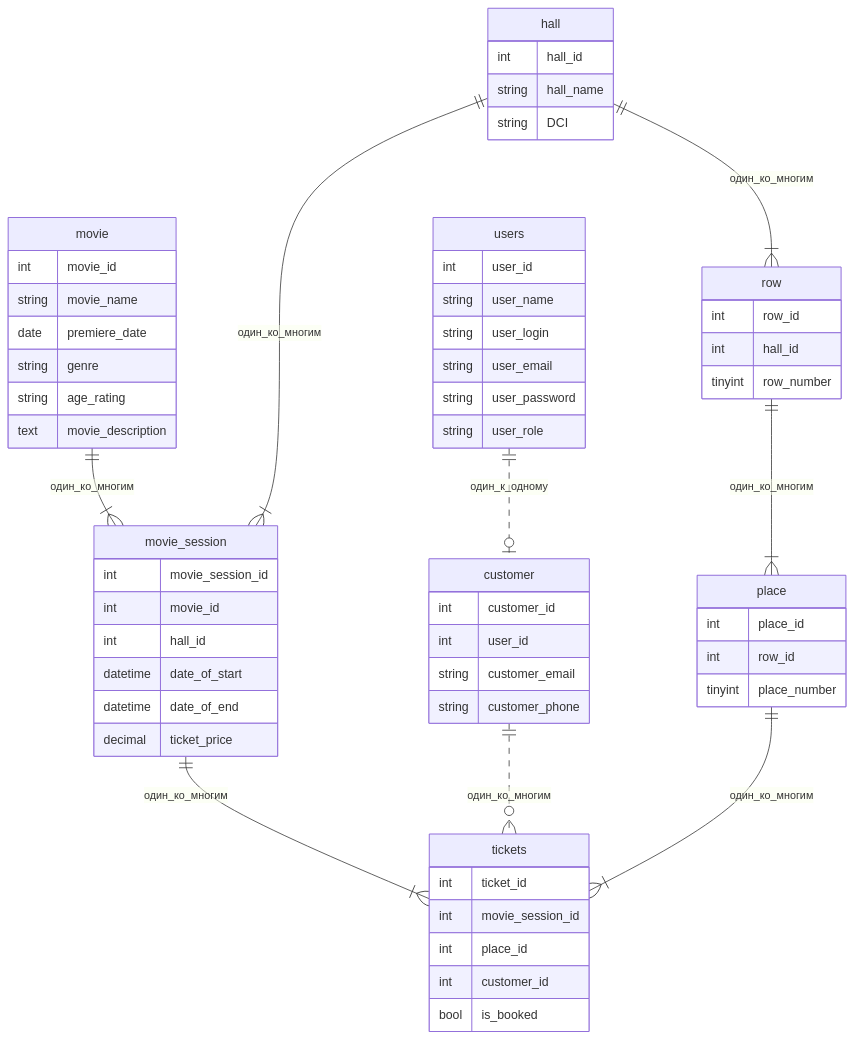
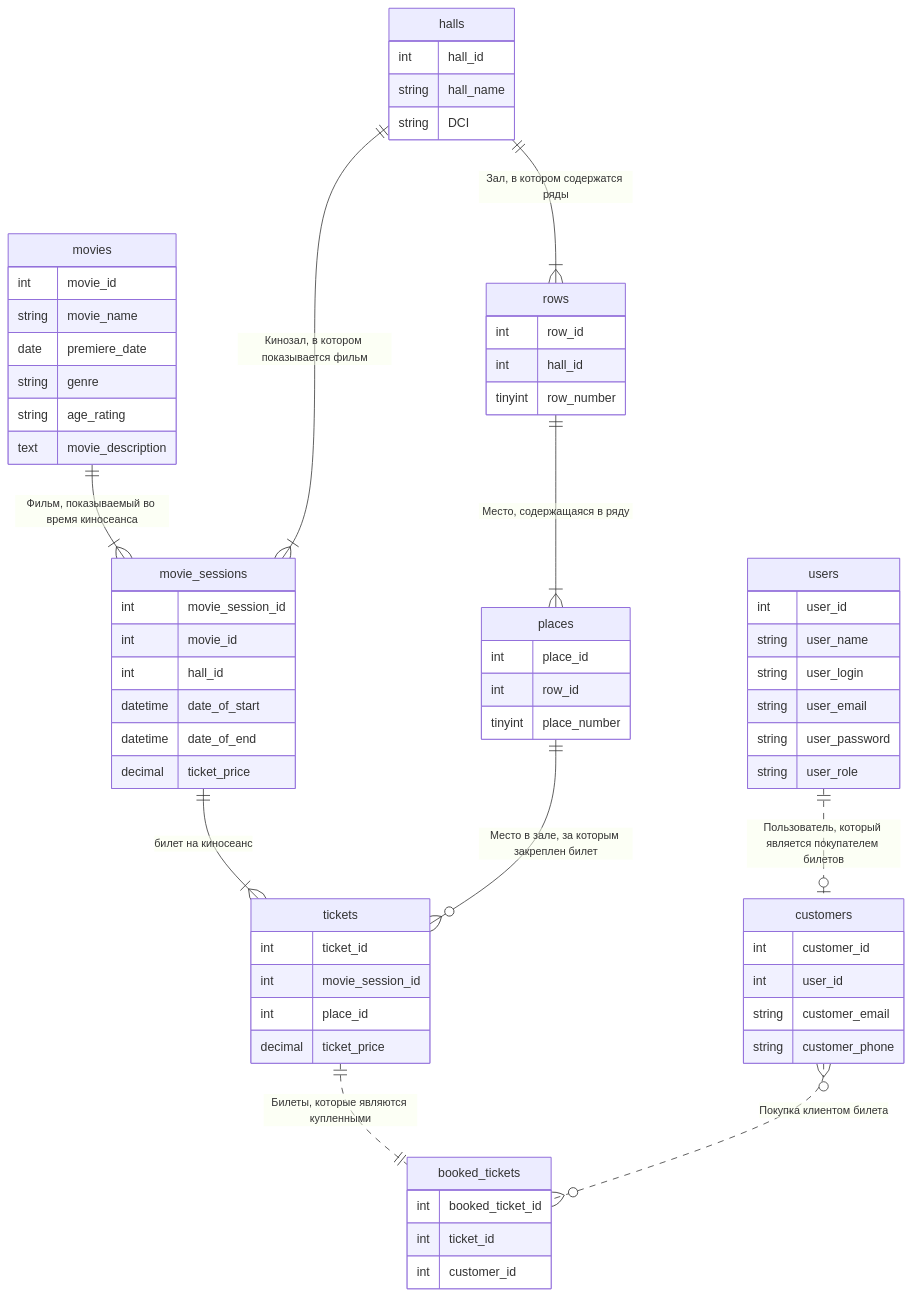
Before and after one commit to SomethingAnotherBeer/php_professional_hw: the diagram in README.md, drawn with Mermaid. The commit also changed 2 other files, not shown here.

Commit message:
changes ready

````diff
--- a/README.md
+++ b/README.md
@@ -6,64 +6,72 @@
 ```mermaid
 erDiagram
     
-    hall ||--|{ row: один_ко_многим
-    row || --|{ place: один_ко_многим
-    hall {
+    halls ||--|{ rows: "Зал, в котором содержатся ряды"
+    rows || --|{ places: "Место, содержащаяся в ряду"
+    halls {
         int hall_id
         string hall_name
         string DCI
     }
-    row {
+    rows {
         int row_id
         int hall_id
         tinyint row_number
     }
-    place {
+    places {
         int place_id
         int row_id
         tinyint place_number
     }
-    movie{
+    movies{
         int movie_id
         string movie_name
         date premiere_date
         string genre
         string age_rating
         text movie_description    
     }
-    movie_session{
+    movie_sessions{
         int movie_session_id
         int movie_id
         int hall_id
         datetime date_of_start
         datetime date_of_end
         decimal ticket_price
     }
-    movie ||-- |{ movie_session: один_ко_многим
-    hall || -- |{ movie_session: один_ко_многим
-    customer{
+    tickets{
+        int ticket_id
+        int movie_session_id
+        int place_id
+        decimal ticket_price
+    }
+    booked_tickets{
+        int booked_ticket_id
+        int ticket_id
+        int customer_id
+    }
+
+    movies ||-- |{ movie_sessions: "Фильм, показываемый во время киносеанса"
+    halls || -- |{ movie_sessions: "Кинозал, в котором показывается фильм"
+
+    customers{
         int customer_id
         int user_id
         string customer_email
         string customer_phone
     }
-    tickets{
-        int ticket_id
-        int movie_session_id
-        int place_id
-        int customer_id
-        bool is_booked
-    }
+
     users {
         int user_id
         string user_name
         string user_login
         string user_email
         string user_password
         string user_role
     }
-    movie_session ||--|{ tickets: один_ко_многим
-    customer || .. o{ tickets: один_ко_многим
-    place || -- |{ tickets: один_ко_многим
-    users || .. o| customer: один_к_одному
+    movie_sessions ||--|{tickets: "билет на киносеанс"
+    places ||--o{tickets: "Место в зале, за которым закреплен билет"
+    tickets ||..||booked_tickets: "Билеты, которые являются купленными"
+    customers}o..o{booked_tickets: "Покупка клиентом билета"
+    users || .. o| customers: "Пользователь, который является покупателем билетов"
 ```
````
